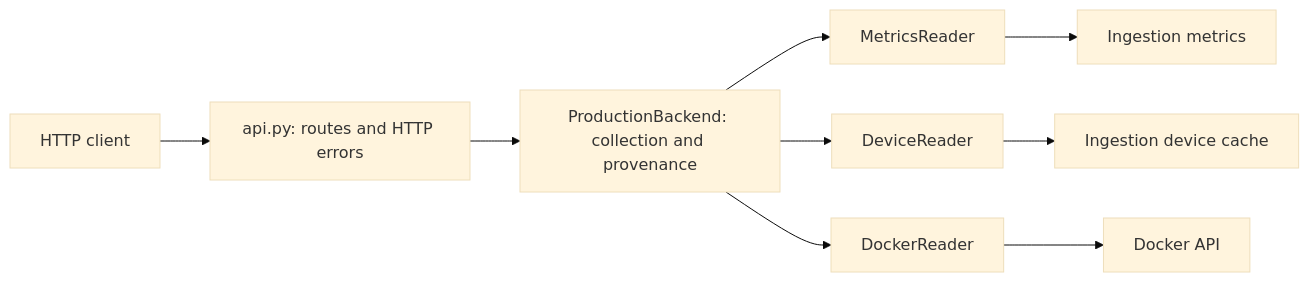
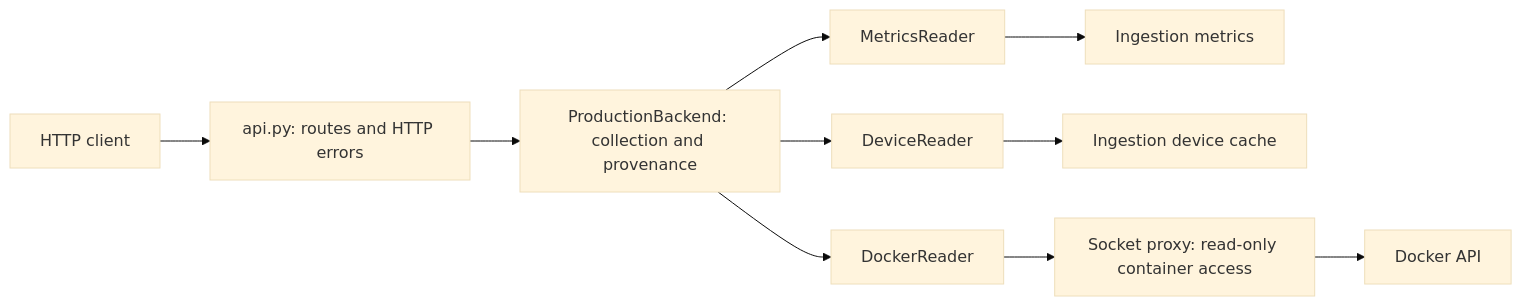
Before and after one commit to hengsti/edgeops-collector: the diagram in README.md, drawn with Mermaid (base theme). The commit also changed other lines of this file, not shown here.

Commit message:
refactor: update README to clarify Docker socket proxy usage and configuration

````diff
--- a/README.md
+++ b/README.md
@@ -15,11 +15,12 @@
 ```mermaid
 flowchart LR
     HTTP[HTTP client] --> API[api.py: routes and HTTP errors]
     API --> Backend[ProductionBackend: collection and provenance]
     Backend --> Metrics[MetricsReader]
     Backend --> Devices[DeviceReader]
     Backend --> Docker[DockerReader]
     Metrics --> Prometheus[Ingestion metrics]
     Devices --> Cache[Ingestion device cache]
-    Docker --> Engine[Docker API]
+    Docker --> Proxy[Socket proxy: read-only container access]
+    Proxy --> Engine[Docker API]
 ```
````
